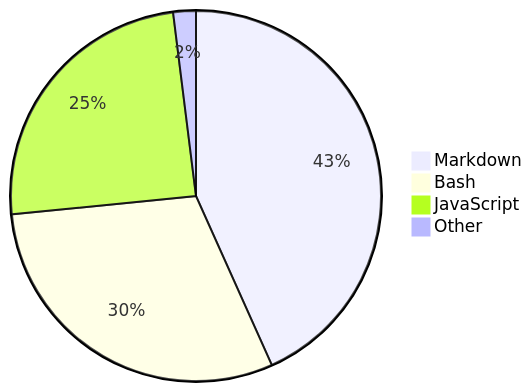
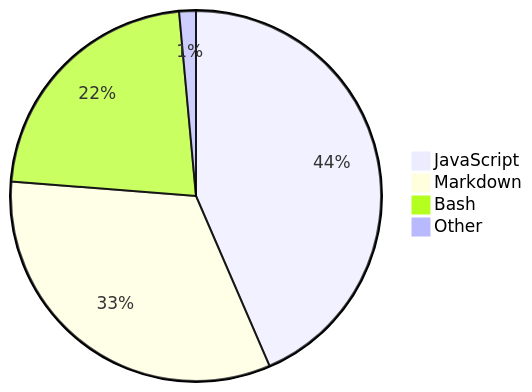
The diagram in README.md (Alicia111/alicia111), drawn with Mermaid before and after one commit.

Commit message:
Update WakaTime stats (・ω・)b

````diff
--- a/README.md
+++ b/README.md
@@ -32,7 +32,7 @@
 ```mermaid
 pie
-    "Markdown" : 43.29
-    "Bash" : 30.13
-    "JavaScript" : 24.6
-    "Other" : 1.98
+    "JavaScript" : 43.5
+    "Markdown" : 32.75
+    "Bash" : 22.29
+    "Other" : 1.46
 ```
````
